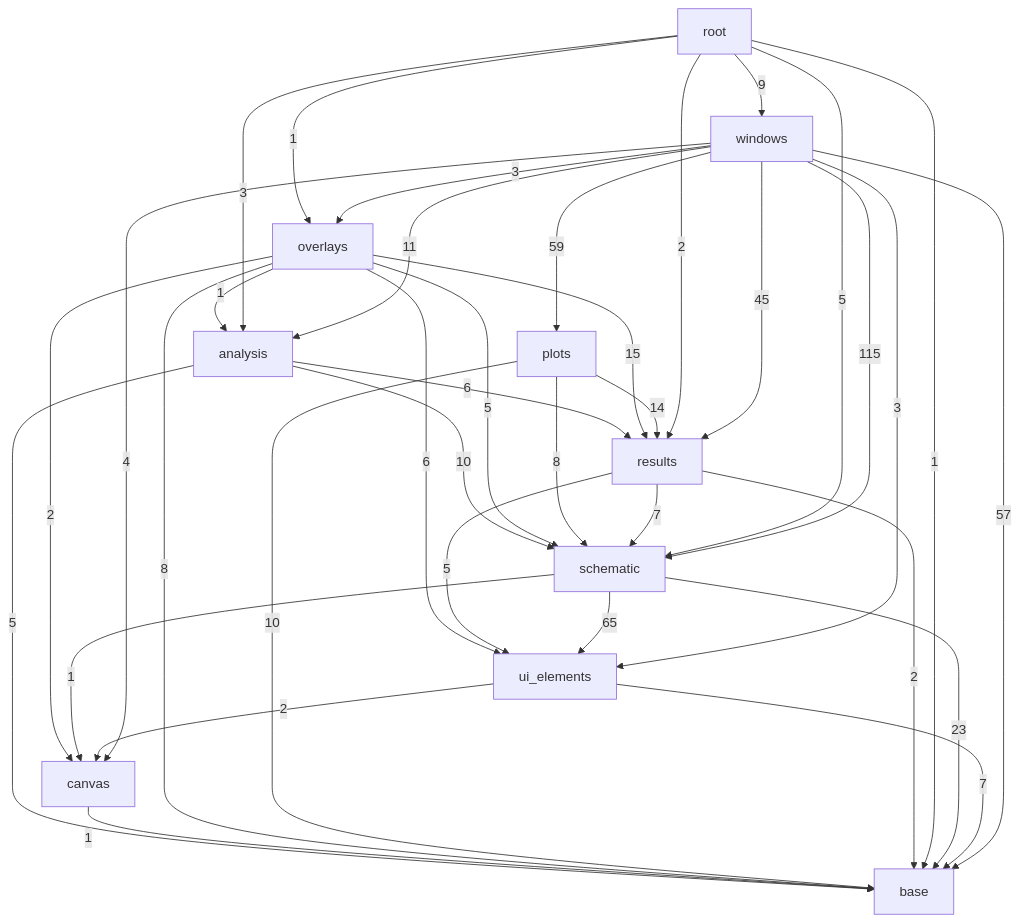
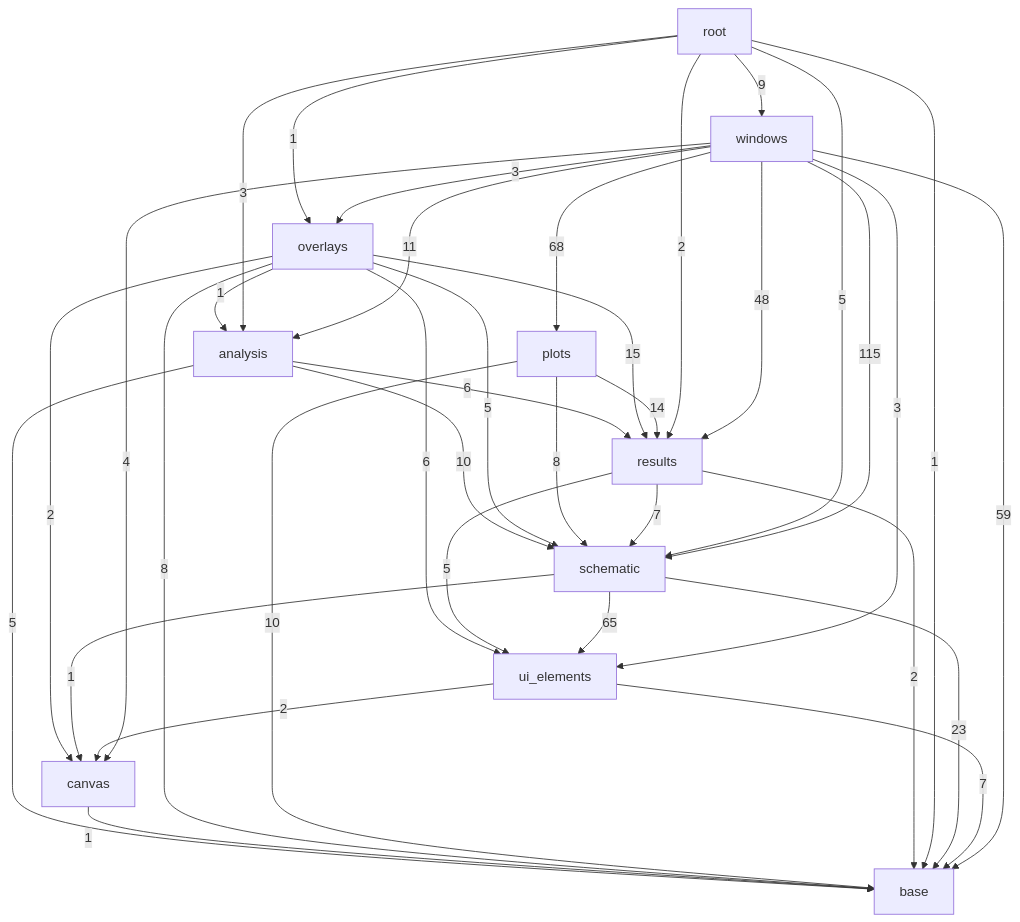
The third of 3 diagrams in docs/architecture.md (ronnymilleo/imcsim), drawn with Mermaid before and after one commit. The commit also changed other lines of this file, not shown here.

Commit message:
Update the include diagram for the split S-parameter tab

````diff
--- a/docs/architecture.md
+++ b/docs/architecture.md
@@ -56,48 +56,48 @@
 ```mermaid
 flowchart TD
     app_gui_base[base]
     app_gui_canvas[canvas]
     app_gui_ui_elements[ui_elements]
     app_gui_schematic[schematic]
     app_gui_results[results]
     app_gui_analysis[analysis]
     app_gui_plots[plots]
     app_gui_overlays[overlays]
     app_gui_windows[windows]
     app_gui_root[root]
     app_gui_analysis -->|5| app_gui_base
     app_gui_analysis -->|6| app_gui_results
     app_gui_analysis -->|10| app_gui_schematic
     app_gui_canvas -->|1| app_gui_base
     app_gui_overlays -->|1| app_gui_analysis
     app_gui_overlays -->|8| app_gui_base
     app_gui_overlays -->|2| app_gui_canvas
     app_gui_overlays -->|15| app_gui_results
     app_gui_overlays -->|5| app_gui_schematic
     app_gui_overlays -->|6| app_gui_ui_elements
     app_gui_plots -->|10| app_gui_base
     app_gui_plots -->|14| app_gui_results
     app_gui_plots -->|8| app_gui_schematic
     app_gui_results -->|2| app_gui_base
     app_gui_results -->|7| app_gui_schematic
     app_gui_results -->|5| app_gui_ui_elements
     app_gui_root -->|3| app_gui_analysis
     app_gui_root -->|1| app_gui_base
     app_gui_root -->|1| app_gui_overlays
     app_gui_root -->|2| app_gui_results
     app_gui_root -->|5| app_gui_schematic
     app_gui_root -->|9| app_gui_windows
     app_gui_schematic -->|23| app_gui_base
     app_gui_schematic -->|1| app_gui_canvas
     app_gui_schematic -->|65| app_gui_ui_elements
     app_gui_ui_elements -->|7| app_gui_base
     app_gui_ui_elements -->|2| app_gui_canvas
     app_gui_windows -->|11| app_gui_analysis
-    app_gui_windows -->|57| app_gui_base
+    app_gui_windows -->|59| app_gui_base
     app_gui_windows -->|4| app_gui_canvas
     app_gui_windows -->|3| app_gui_overlays
-    app_gui_windows -->|59| app_gui_plots
-    app_gui_windows -->|45| app_gui_results
+    app_gui_windows -->|68| app_gui_plots
+    app_gui_windows -->|48| app_gui_results
     app_gui_windows -->|115| app_gui_schematic
     app_gui_windows -->|3| app_gui_ui_elements
 ```
````
